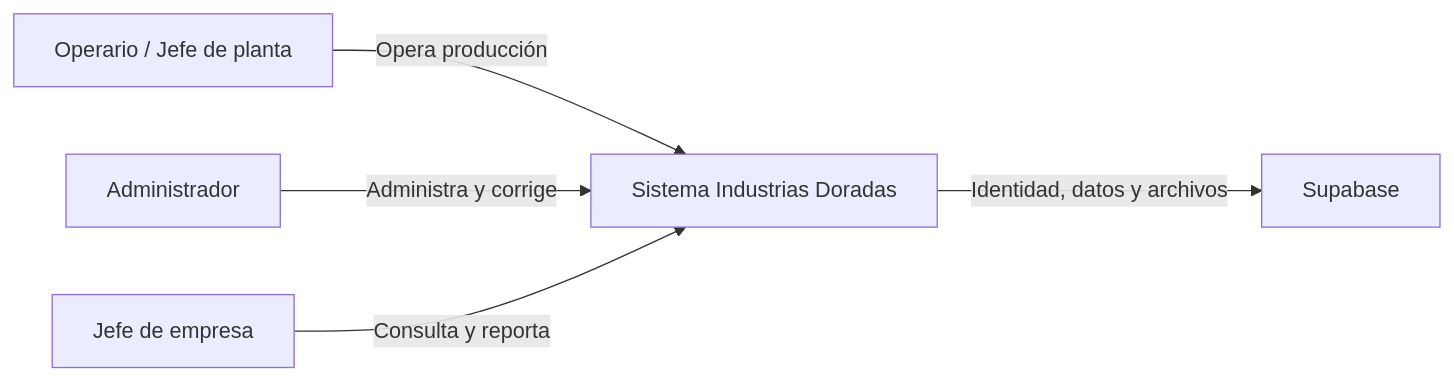
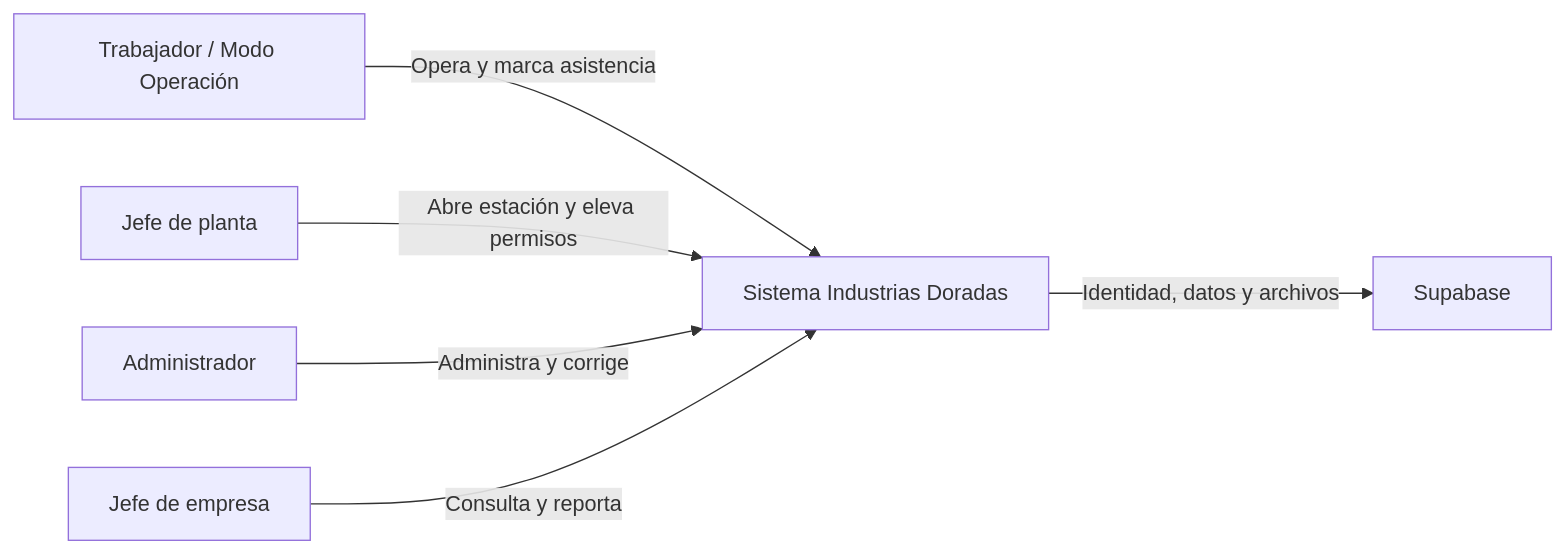
One commit to real-steven/IndustriasDoradas changed the first of 3 diagrams in docs/architecture/arquitectura-y-decisiones.md. Above: the diagram before and after it, drawn with Mermaid. The commit also changed other lines of this file and 11 other files, not shown here.

````diff
--- a/docs/architecture/arquitectura-y-decisiones.md
+++ b/docs/architecture/arquitectura-y-decisiones.md
@@ -9,7 +9,8 @@
 ```mermaid
 flowchart LR
-    OP["Operario / Jefe de planta"] -->|"Opera producción"| SYS["Sistema Industrias Doradas"]
+    OP["Trabajador / Modo Operación"] -->|"Opera y marca asistencia"| SYS["Sistema Industrias Doradas"]
+    JP["Jefe de planta"] -->|"Abre estación y eleva permisos"| SYS
     ADM["Administrador"] -->|"Administra y corrige"| SYS
     GER["Jefe de empresa"] -->|"Consulta y reporta"| SYS
     SYS -->|"Identidad, datos y archivos"| SUP["Supabase"]
 ```
````
